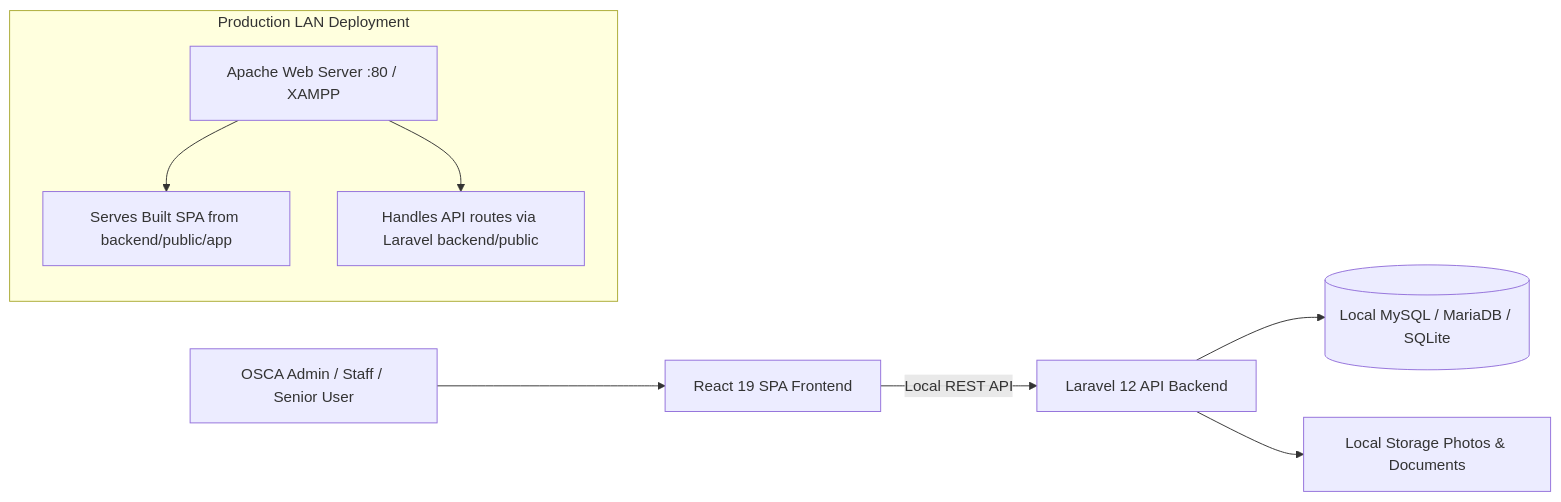
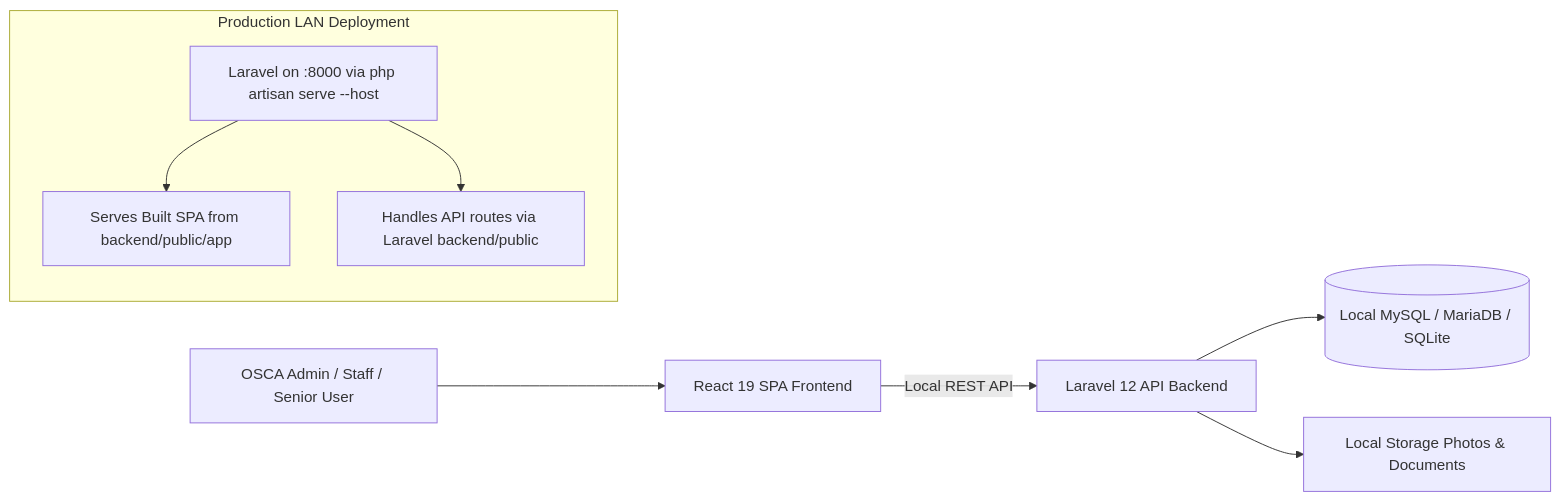
The diagram in README.md (PikuFuka/OSCA), drawn with Mermaid before and after one commit. The commit also changed other lines of this file and 110 other files, not shown here.

First line of the commit message:
Secure PII endpoints, harden photo flows, stabilize dashboard/registry UX

````diff
--- a/README.md
+++ b/README.md
@@ -45,13 +45,13 @@
 ```mermaid
 flowchart LR
   U[OSCA Admin / Staff / Senior User] --> FE[React 19 SPA Frontend]
   FE -->|Local REST API| BE[Laravel 12 API Backend]
   BE --> DB[(Local MySQL / MariaDB / SQLite)]
   BE --> FS[Local Storage Photos & Documents]
 
   subgraph Production LAN Deployment
-    AP[Apache Web Server :80 / XAMPP]
-    AP --> SPA[Serves Built SPA from backend/public/app]
-    AP --> API[Handles API routes via Laravel backend/public]
+    SRV[Laravel on :8000 via php artisan serve --host]
+    SRV --> SPA[Serves Built SPA from backend/public/app]
+    SRV --> API[Handles API routes via Laravel backend/public]
   end
 ```
````
